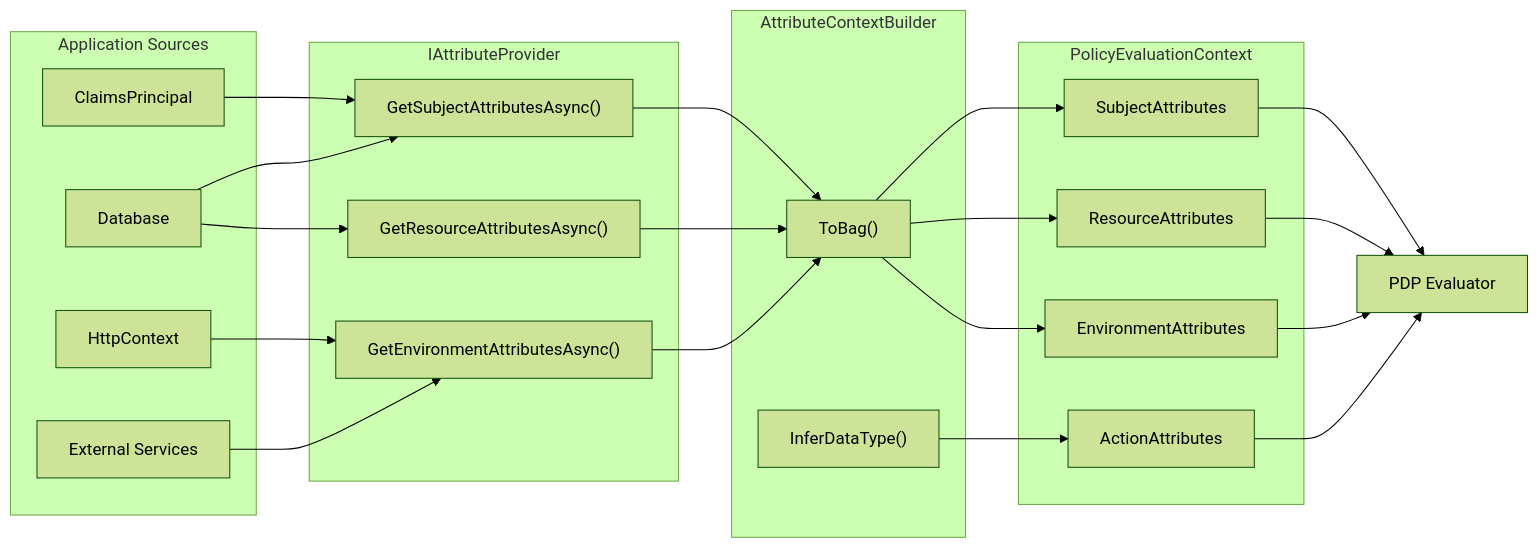
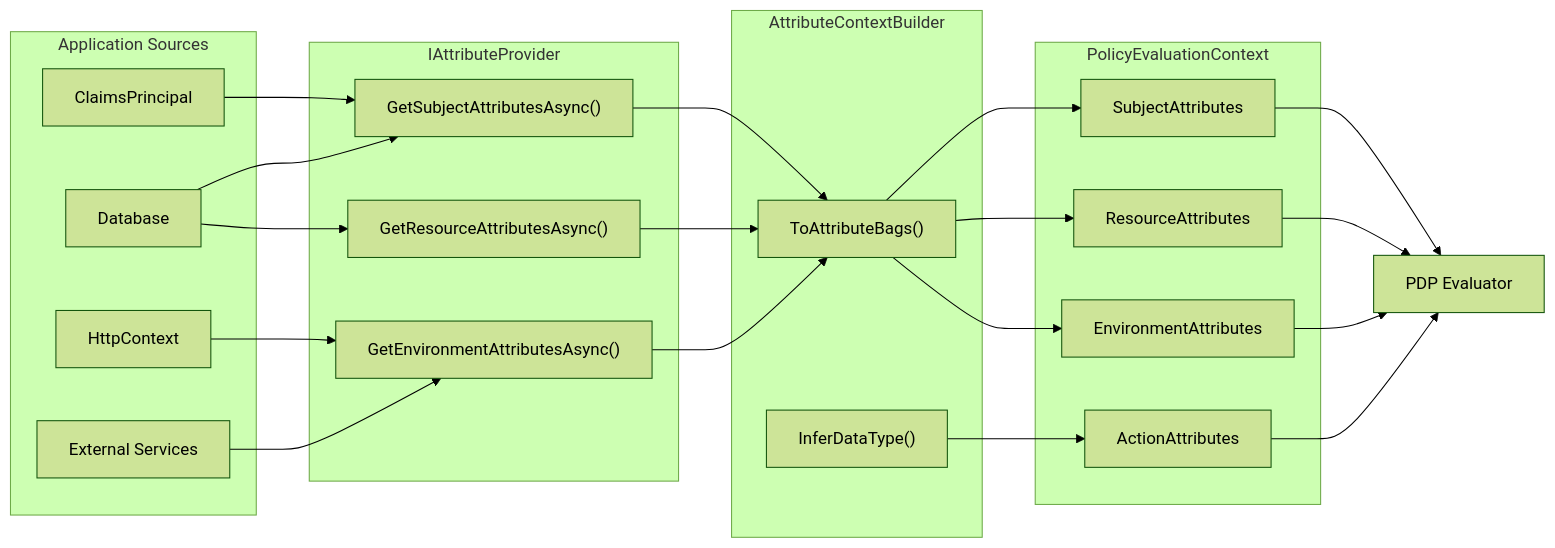
The diagram in docs/features/abac/xacml/attributes.md (dlrivada/Encina), drawn with Mermaid (forest theme) before and after one commit. The commit also changed other lines of this file and 44 other files, not shown here.

Commit message:
fix(abac): attribute designators select by AttributeId; the evaluation context keeps one bag per attribute (#1983)

````diff
--- a/docs/features/abac/xacml/attributes.md
+++ b/docs/features/abac/xacml/attributes.md
@@ -198,49 +198,49 @@
 ```mermaid
 flowchart LR
     subgraph Sources["Application Sources"]
         Claims["ClaimsPrincipal"]
         DB["Database"]
         HTTP["HttpContext"]
         Svc["External Services"]
     end
 
     subgraph Provider["IAttributeProvider"]
         GSA["GetSubjectAttributesAsync()"]
         GRA["GetResourceAttributesAsync()"]
         GEA["GetEnvironmentAttributesAsync()"]
     end
 
     subgraph Builder["AttributeContextBuilder"]
-        TB["ToBag()"]
+        TB["ToAttributeBags()"]
         IT["InferDataType()"]
     end
 
     subgraph Context["PolicyEvaluationContext"]
         SA["SubjectAttributes"]
         RA["ResourceAttributes"]
         EA["EnvironmentAttributes"]
         AA["ActionAttributes"]
     end
 
     PDP["PDP Evaluator"]
 
     Claims --> GSA
     DB --> GSA
     DB --> GRA
     HTTP --> GEA
     Svc --> GEA
 
     GSA --> TB
     GRA --> TB
     GEA --> TB
 
     TB --> SA
     TB --> RA
     TB --> EA
     IT --> AA
 
     SA --> PDP
     RA --> PDP
     EA --> PDP
     AA --> PDP
 ```
````
